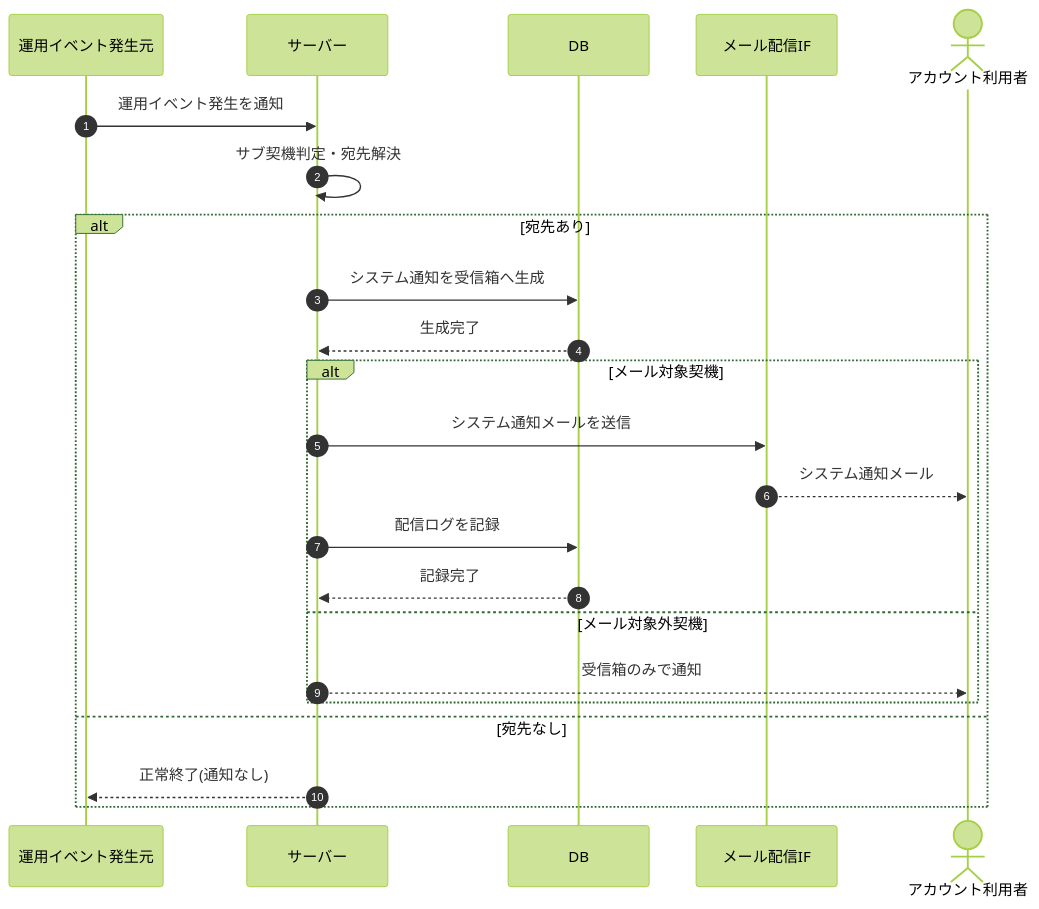
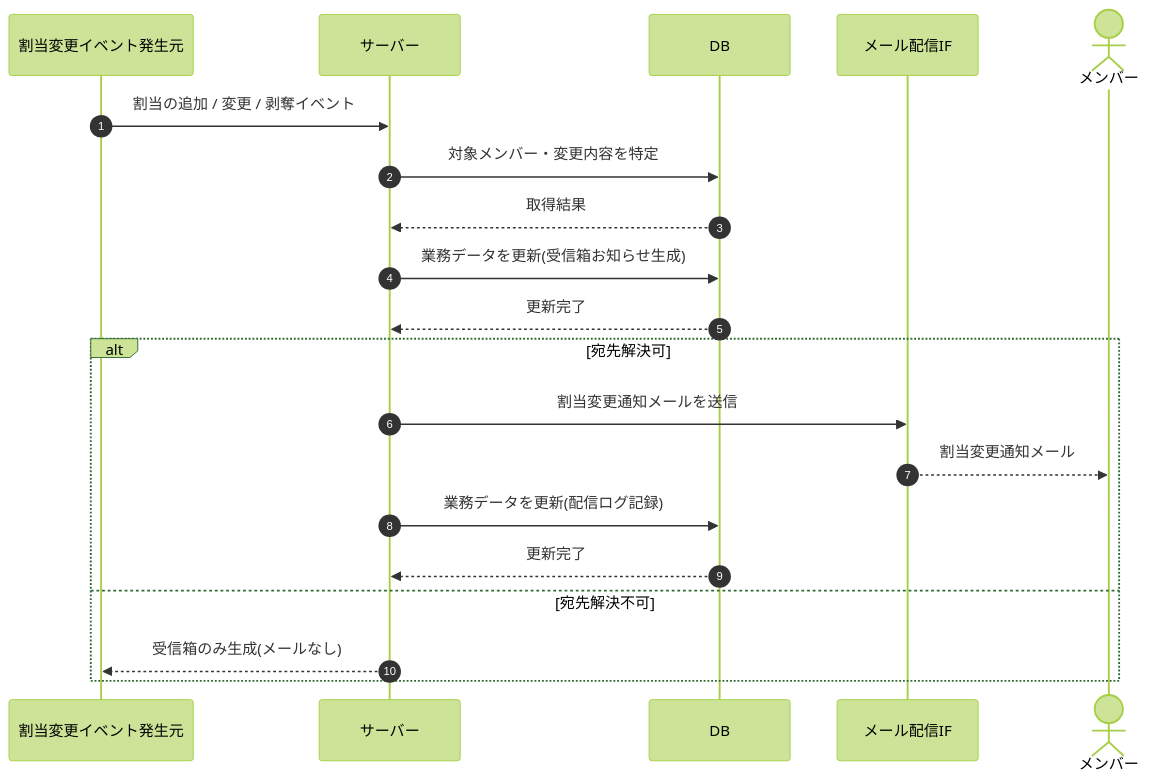
One commit to sikakou54/open-faq changed the diagram in 02_basic_design/03_sequences/SEQ-093.md. Above: the diagram before and after it, drawn with Mermaid (forest theme). The commit also changed other lines of this file and 99 other files, not shown here.

````diff
--- a/02_basic_design/03_sequences/SEQ-093.md
+++ b/02_basic_design/03_sequences/SEQ-093.md
@@ -25,25 +25,22 @@
 ```mermaid
 sequenceDiagram
   autonumber
-  participant E as 運用イベント発生元
+  participant E as 割当変更イベント発生元
   participant Server as サーバー
   participant DB as DB
   participant MAIL as メール配信IF
-  actor U as アカウント利用者
-  E->>Server: 運用イベント発生を通知
-  Server->>Server: サブ契機判定・宛先解決
-  alt 宛先あり
-    Server->>DB: システム通知を受信箱へ生成
-    DB-->>Server: 生成完了
-    alt メール対象契機
-      Server->>MAIL: システム通知メールを送信
-      MAIL-->>U: システム通知メール
-      Server->>DB: 配信ログを記録
-      DB-->>Server: 記録完了
-    else メール対象外契機
-      Server-->>U: 受信箱のみで通知
-    end
-  else 宛先なし
-    Server-->>E: 正常終了(通知なし)
+  actor M as メンバー
+  E->>Server: 割当の追加 / 変更 / 剥奪イベント
+  Server->>DB: 対象メンバー・変更内容を特定
+  DB-->>Server: 取得結果
+  Server->>DB: 業務データを更新(受信箱お知らせ生成)
+  DB-->>Server: 更新完了
+  alt 宛先解決可
+    Server->>MAIL: 割当変更通知メールを送信
+    MAIL-->>M: 割当変更通知メール
+    Server->>DB: 業務データを更新(配信ログ記録)
+    DB-->>Server: 更新完了
+  else 宛先解決不可
+    Server-->>E: 受信箱のみ生成(メールなし)
   end
 ```
````
